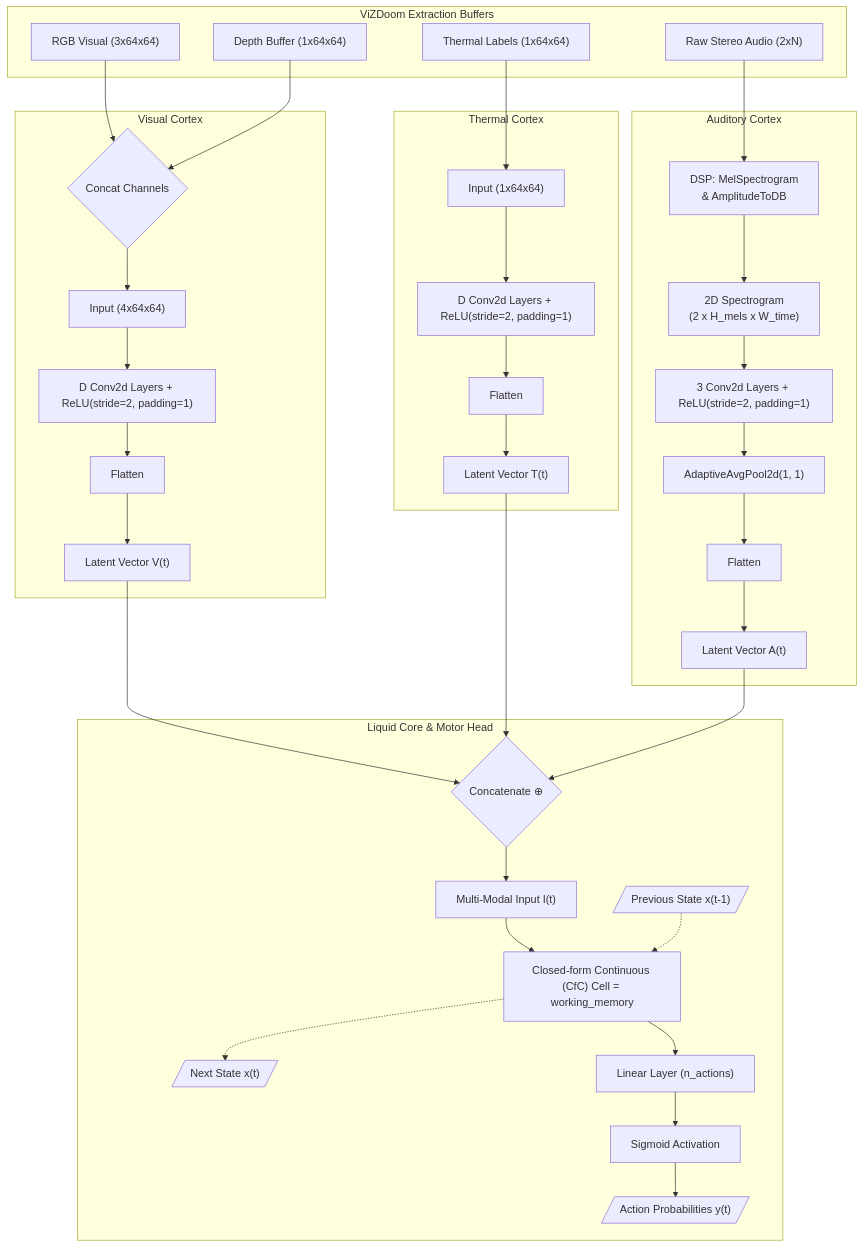
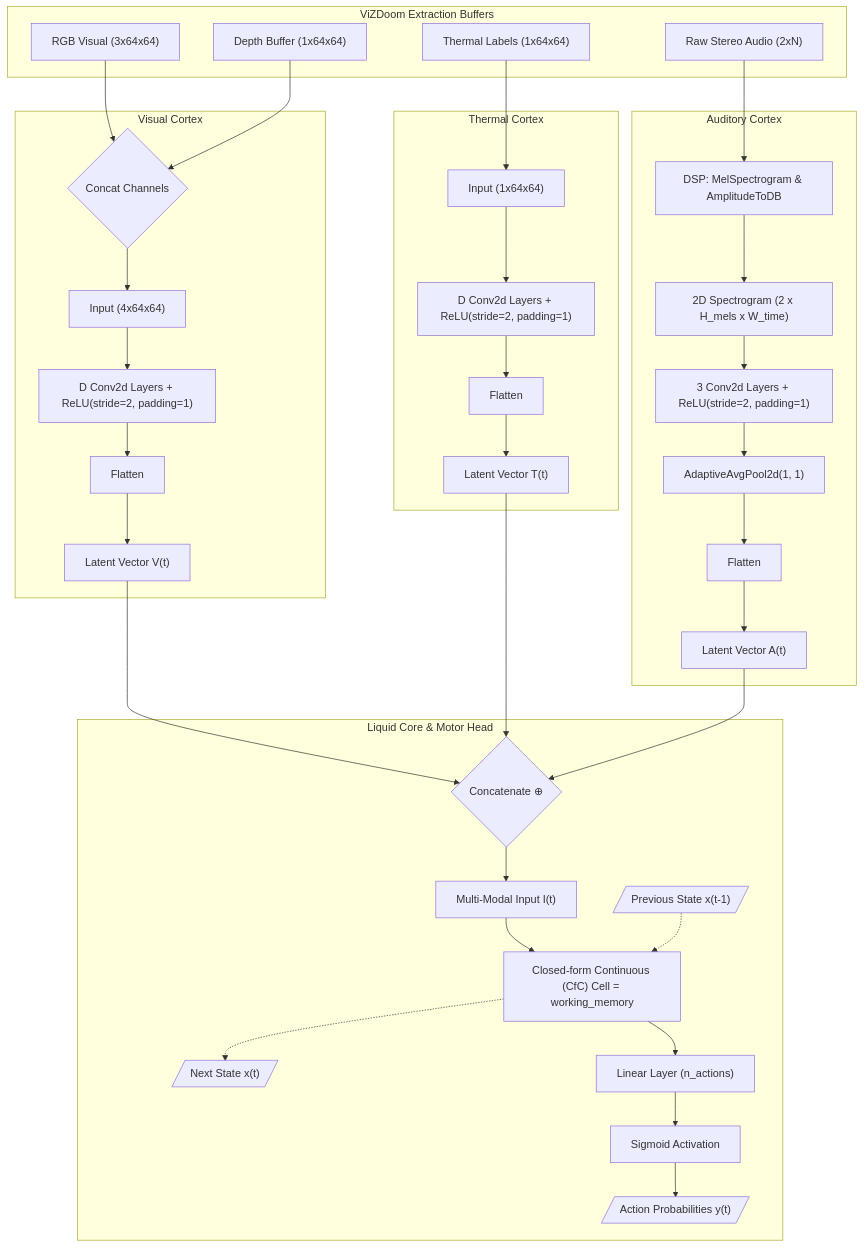
The diagram in docs/model/brain.md (chinchalinchin/golem), drawn with Mermaid before and after one commit.

Commit message:
fixing graph

````diff
--- a/docs/model/brain.md
+++ b/docs/model/brain.md
@@ -5,70 +5,70 @@
 ```mermaid
 flowchart TD
     subgraph Engine [ViZDoom Extraction Buffers]
         O_vis["RGB Visual (3x64x64)"]
         O_dep["Depth Buffer (1x64x64)"]
         O_thm["Thermal Labels (1x64x64)"]
         O_aud["Raw Stereo Audio (2xN)"]
     end
 
     subgraph VisCortex [Visual Cortex]
         Concat_Vis{"Concat Channels"}
         VisIn["Input (4x64x64)"]
         VisCNN["D Conv2d Layers + ReLU(stride=2, padding=1)"]
         VisFlat["Flatten"]
         V_t["Latent Vector V(t)"]
     end
 
     subgraph ThmCortex [Thermal Cortex]
         ThmIn["Input (1x64x64)"]
         ThmCNN["D Conv2d Layers + ReLU(stride=2, padding=1)"]
         ThmFlat["Flatten"]
         T_t["Latent Vector T(t)"]
     end
 
     subgraph AudCortex [Auditory Cortex]
-        DSP["DSP: MelSpectrogram\n& AmplitudeToDB"]
-        Mel["2D Spectrogram\n(2 x H_mels x W_time)"]
+        DSP["DSP: MelSpectrogram & AmplitudeToDB"]
+        Mel["2D Spectrogram (2 x H_mels x W_time)"]
         AudCNN["3 Conv2d Layers + ReLU(stride=2, padding=1)"]
         AudPool["AdaptiveAvgPool2d(1, 1)"]
         AudFlat["Flatten"]
         A_t["Latent Vector A(t)"]
     end
 
     subgraph Core [Liquid Core & Motor Head]
         Fusion{"Concatenate ⊕"}
         I_t["Multi-Modal Input I(t)"]
         CfC["Closed-form Continuous (CfC) Cell = working_memory"]
         hx_in[/"Previous State x(t-1)"/]
         hx_out[/"Next State x(t)"/]
         Linear["Linear Layer (n_actions)"]
         Sigmoid["Sigmoid Activation"]
         Y_t[/"Action Probabilities y(t)"/]
     end
 
     %% Visual Flow
     O_vis --> Concat_Vis
     O_dep --> Concat_Vis
     Concat_Vis --> VisIn
     VisIn --> VisCNN --> VisFlat --> V_t
 
     %% Thermal Flow
     O_thm --> ThmIn
     ThmIn --> ThmCNN --> ThmFlat --> T_t
 
     %% Auditory Flow
     O_aud --> DSP --> Mel --> AudCNN --> AudPool --> AudFlat --> A_t
 
     %% Fusion
     V_t --> Fusion
     T_t --> Fusion
     A_t --> Fusion
 
     %% State and Output
     Fusion --> I_t
     I_t --> CfC
     hx_in -.-> CfC
     CfC -.-> hx_out
     CfC --> Linear
     Linear --> Sigmoid --> Y_t
 ```
````
